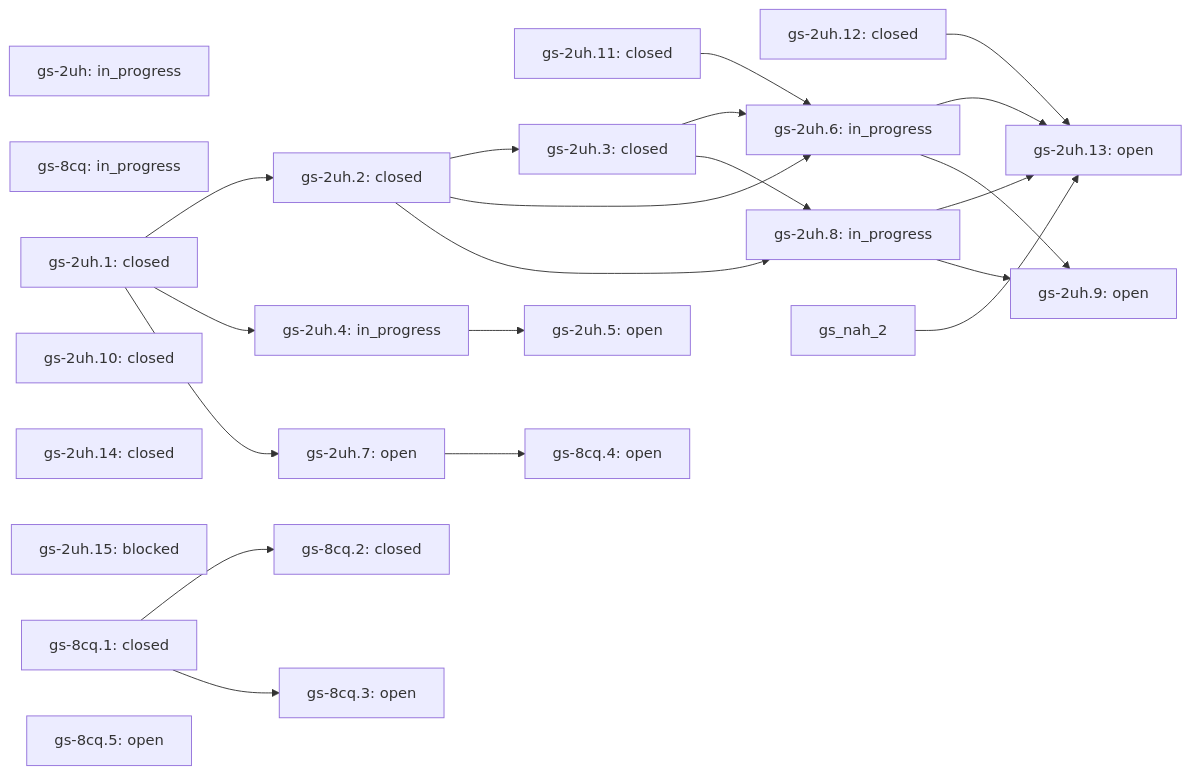
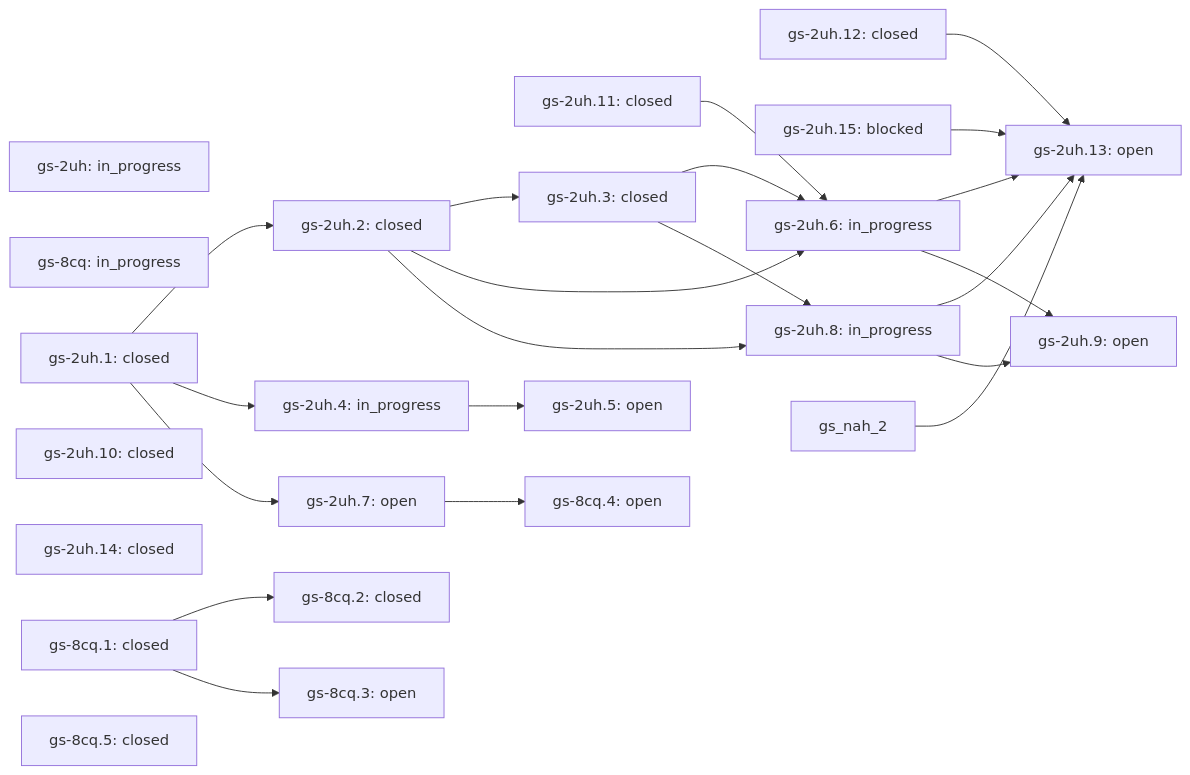
The diagram in docs/skills/vps-health/ROADMAP.md (lifeofgurpreet/G-Skills), drawn with Mermaid before and after one commit. The commit also changed other lines of this file and 4 other files, not shown here.

````diff
--- a/docs/skills/vps-health/ROADMAP.md
+++ b/docs/skills/vps-health/ROADMAP.md
@@ -34,44 +34,45 @@
 ```mermaid
 flowchart LR
   gs_2uh["gs-2uh: in_progress"]
   gs_8cq["gs-8cq: in_progress"]
   gs_2uh_1["gs-2uh.1: closed"]
   gs_2uh_10["gs-2uh.10: closed"]
   gs_2uh_11["gs-2uh.11: closed"]
   gs_2uh_12["gs-2uh.12: closed"]
   gs_2uh_13["gs-2uh.13: open"]
   gs_2uh_12 --> gs_2uh_13
+  gs_2uh_15 --> gs_2uh_13
   gs_2uh_6 --> gs_2uh_13
   gs_2uh_8 --> gs_2uh_13
   gs_nah_2 --> gs_2uh_13
   gs_2uh_14["gs-2uh.14: closed"]
   gs_2uh_15["gs-2uh.15: blocked"]
   gs_2uh_2["gs-2uh.2: closed"]
   gs_2uh_1 --> gs_2uh_2
   gs_2uh_3["gs-2uh.3: closed"]
   gs_2uh_2 --> gs_2uh_3
   gs_2uh_4["gs-2uh.4: in_progress"]
   gs_2uh_1 --> gs_2uh_4
   gs_2uh_5["gs-2uh.5: open"]
   gs_2uh_4 --> gs_2uh_5
   gs_2uh_6["gs-2uh.6: in_progress"]
   gs_2uh_11 --> gs_2uh_6
   gs_2uh_2 --> gs_2uh_6
   gs_2uh_3 --> gs_2uh_6
   gs_2uh_8["gs-2uh.8: in_progress"]
   gs_2uh_2 --> gs_2uh_8
   gs_2uh_3 --> gs_2uh_8
   gs_8cq_1["gs-8cq.1: closed"]
   gs_8cq_2["gs-8cq.2: closed"]
   gs_8cq_1 --> gs_8cq_2
   gs_2uh_7["gs-2uh.7: open"]
   gs_2uh_1 --> gs_2uh_7
   gs_2uh_9["gs-2uh.9: open"]
   gs_2uh_6 --> gs_2uh_9
   gs_2uh_8 --> gs_2uh_9
   gs_8cq_3["gs-8cq.3: open"]
   gs_8cq_1 --> gs_8cq_3
   gs_8cq_4["gs-8cq.4: open"]
   gs_2uh_7 --> gs_8cq_4
-  gs_8cq_5["gs-8cq.5: open"]
+  gs_8cq_5["gs-8cq.5: closed"]
 ```
````
